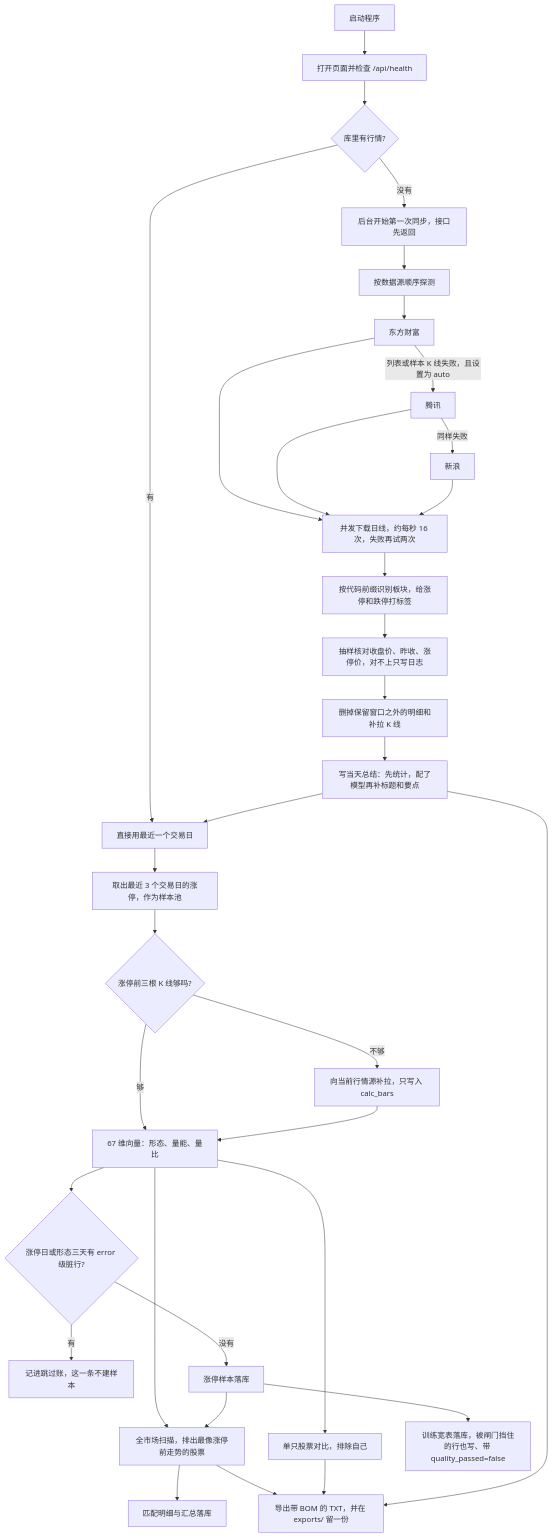
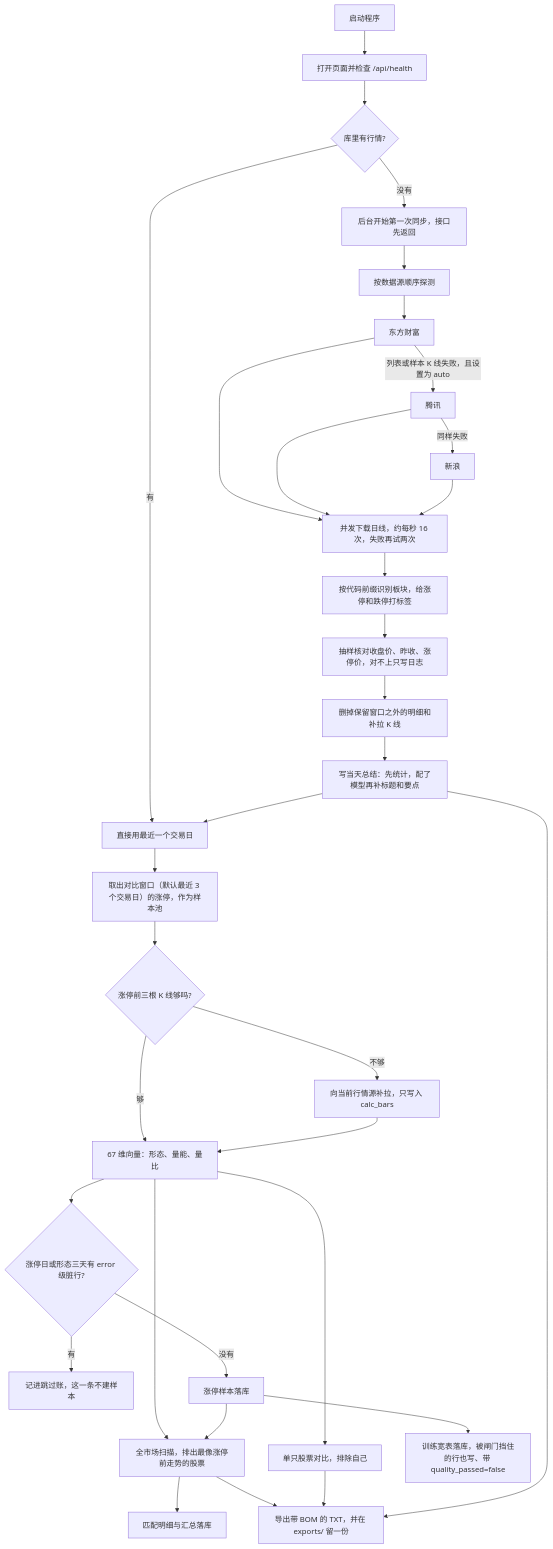
One commit to peekaboo789/limit-pattern changed the first of 2 diagrams in README.md. Above: the diagram before and after it, drawn with Mermaid. The commit also changed other lines of this file and 57 other files, not shown here.

````diff
--- a/README.md
+++ b/README.md
@@ -35,35 +35,35 @@
 ```mermaid
 flowchart TD
   start["启动程序"] --> health["打开页面并检查 /api/health"]
   health --> empty{"库里有行情?"}
   empty -->|没有| first["后台开始第一次同步，接口先返回"]
   empty -->|有| ready["直接用最近一个交易日"]
   first --> choose["按数据源顺序探测"]
   choose --> em["东方财富"]
   em -->|列表或样本 K 线失败，且设置为 auto| tx["腾讯"]
   tx -->|同样失败| sina["新浪"]
   em --> pull["并发下载日线，约每秒 16 次，失败再试两次"]
   tx --> pull
   sina --> pull
   pull --> label["按代码前缀识别板块，给涨停和跌停打标签"]
   label --> cross["抽样核对收盘价、昨收、涨停价，对不上只写日志"]
   cross --> purge["删掉保留窗口之外的明细和补拉 K 线"]
   purge --> summary["写当天总结：先统计，配了模型再补标题和要点"]
   summary --> ready
-  ready --> pool["取出最近 3 个交易日的涨停，作为样本池"]
+  ready --> pool["取出对比窗口（默认最近 3 个交易日）的涨停，作为样本池"]
   pool --> gap{"涨停前三根 K 线够吗?"}
   gap -->|不够| fill["向当前行情源补拉，只写入 calc_bars"]
   gap -->|够| score["67 维向量：形态、量能、量比"]
   fill --> score
   score --> scan["全市场扫描，排出最像涨停前走势的股票"]
   score --> one["单只股票对比，排除自己"]
   score --> gate{"涨停日或形态三天有 error 级脏行?"}
   gate -->|有| skip["记进跳过账，这一条不建样本"]
   gate -->|没有| lib["涨停样本落库"]
   lib --> scan
   scan --> mlib["匹配明细与汇总落库"]
   lib --> train["训练宽表落库，被闸门挡住的行也写、带 quality_passed=false"]
   scan --> export["导出带 BOM 的 TXT，并在 exports/ 留一份"]
   one --> export
   summary --> export
 ```
````
